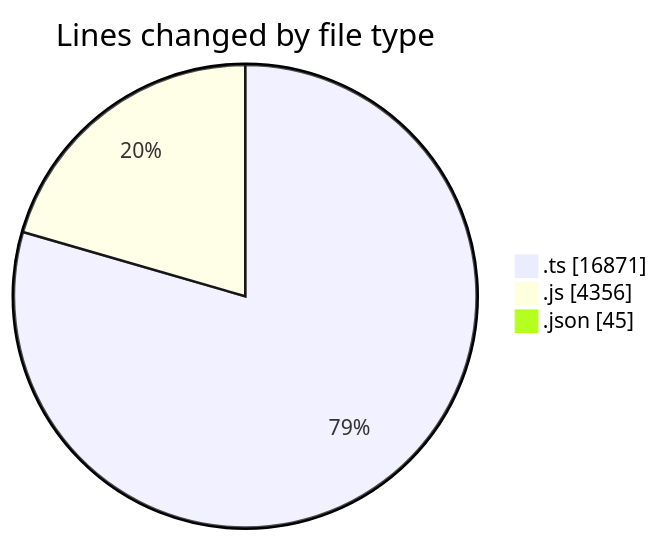
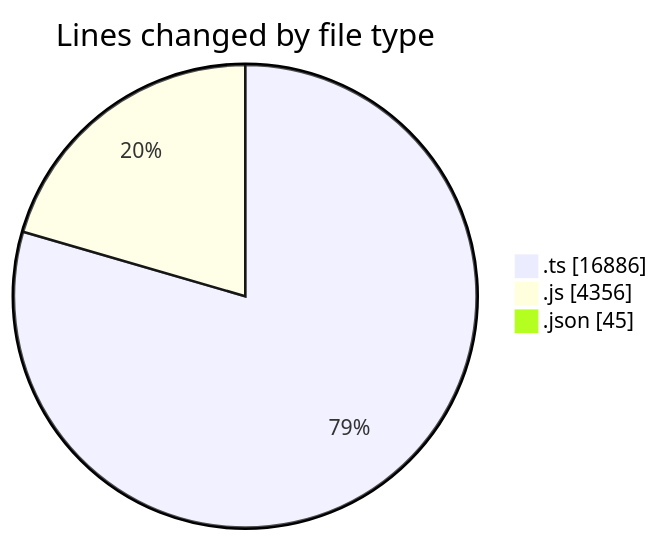
Before and after one commit to momahboobian/code-tracking: the first of 2 diagrams in 2025-07-29/cda/README.md, drawn with Mermaid. The commit also changed other lines of this file and 1 other file, not shown here.

````diff
--- a/2025-07-29/cda/README.md
+++ b/2025-07-29/cda/README.md
@@ -30,7 +30,7 @@
 ```mermaid
 pie showData
 title Lines changed by file type
-".ts" : 16871
+".ts" : 16886
 ".js" : 4356
 ".json" : 45
 ```
````
